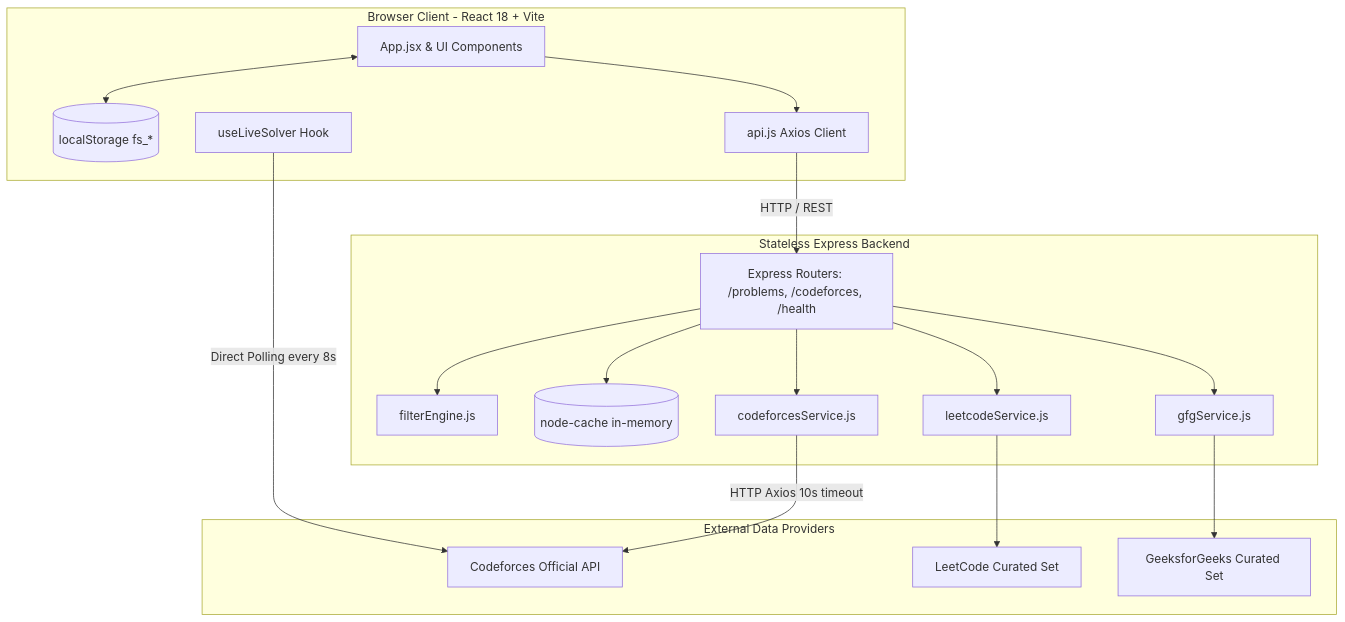
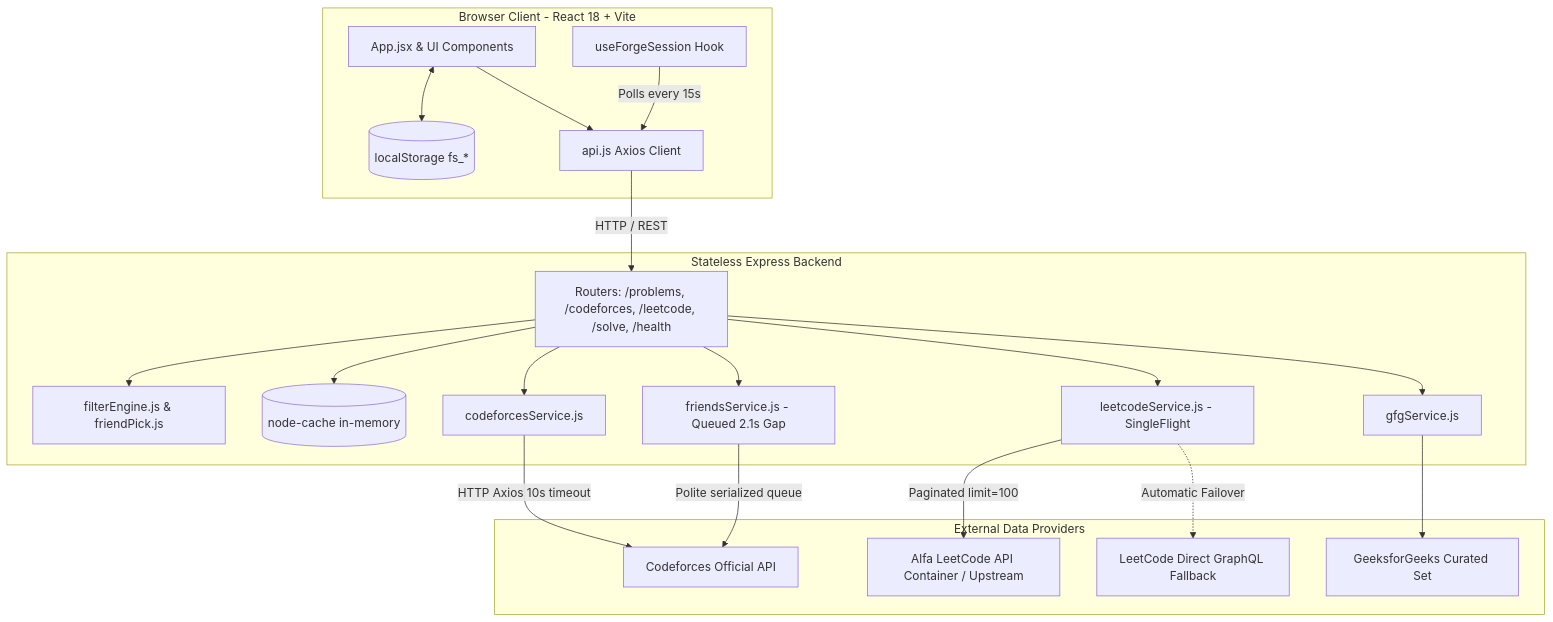
One commit to PranshuPujara/ForgeSolve changed the first of 2 diagrams in docs/ARCHITECTURE.md. Above: the diagram before and after it, drawn with Mermaid. The commit also changed other lines of this file and 5 other files, not shown here.

First line of the commit message:
docs: comprehensive update for friend-pick, LeetCode live API, solve checker, and CI

````diff
--- a/docs/ARCHITECTURE.md
+++ b/docs/ARCHITECTURE.md
@@ -11,39 +11,44 @@
 ```mermaid
 graph TB
     subgraph ClientBrowser [Browser Client - React 18 + Vite]
         UI[App.jsx & UI Components]
         Store[(localStorage fs_*)]
-        LiveSolver[useLiveSolver Hook]
+        ForgeSession[useForgeSession Hook]
         AxiosClient[api.js Axios Client]
     end
 
     subgraph BackendAPI [Stateless Express Backend]
-        Router[Express Routers: /problems, /codeforces, /health]
-        FilterEngine[filterEngine.js]
+        Router[Routers: /problems, /codeforces, /leetcode, /solve, /health]
+        FilterEngine[filterEngine.js & friendPick.js]
         Cache[(node-cache in-memory)]
         CFService[codeforcesService.js]
-        LCService[leetcodeService.js]
+        FriendsService[friendsService.js - Queued 2.1s Gap]
+        LCService[leetcodeService.js - SingleFlight]
         GFGService[gfgService.js]
     end
 
     subgraph ExternalServices [External Data Providers]
         CFAPI[Codeforces Official API]
-        LCStatic[LeetCode Curated Set]
+        AlfaLCAPI[Alfa LeetCode API Container / Upstream]
+        LCGraphQL[LeetCode Direct GraphQL Fallback]
         GFGStatic[GeeksforGeeks Curated Set]
     end
 
     UI <--> Store
     UI --> AxiosClient
+    ForgeSession -->|Polls every 15s| AxiosClient
     AxiosClient -->|HTTP / REST| Router
-    LiveSolver -->|Direct Polling every 8s| CFAPI
 
     Router --> FilterEngine
     Router --> Cache
     Router --> CFService
+    Router --> FriendsService
     Router --> LCService
     Router --> GFGService
 
     CFService -->|HTTP Axios 10s timeout| CFAPI
-    LCService --> LCStatic
+    FriendsService -->|Polite serialized queue| CFAPI
+    LCService -->|Paginated limit=100| AlfaLCAPI
+    LCService -.->|Automatic Failover| LCGraphQL
     GFGService --> GFGStatic
 ```
````
